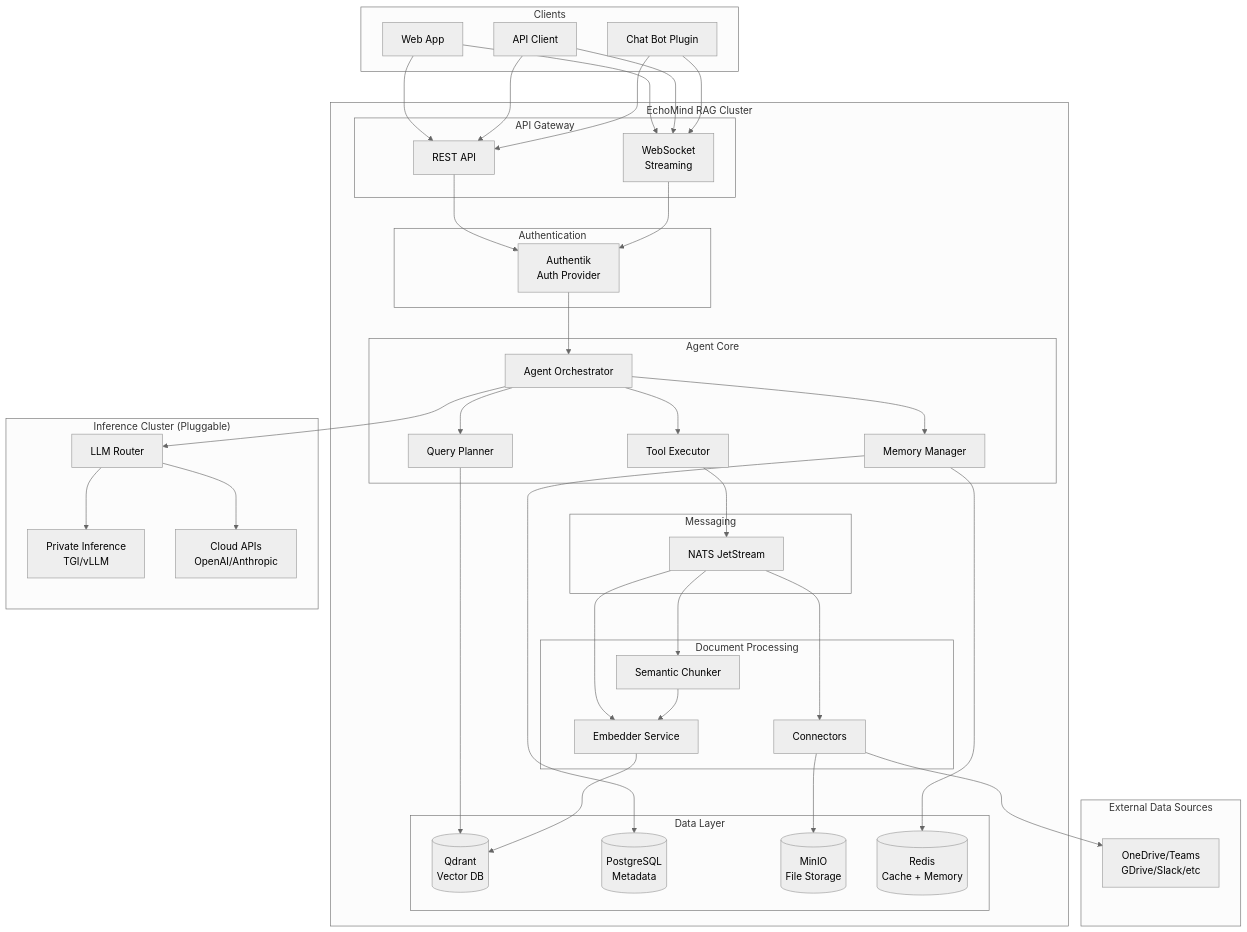
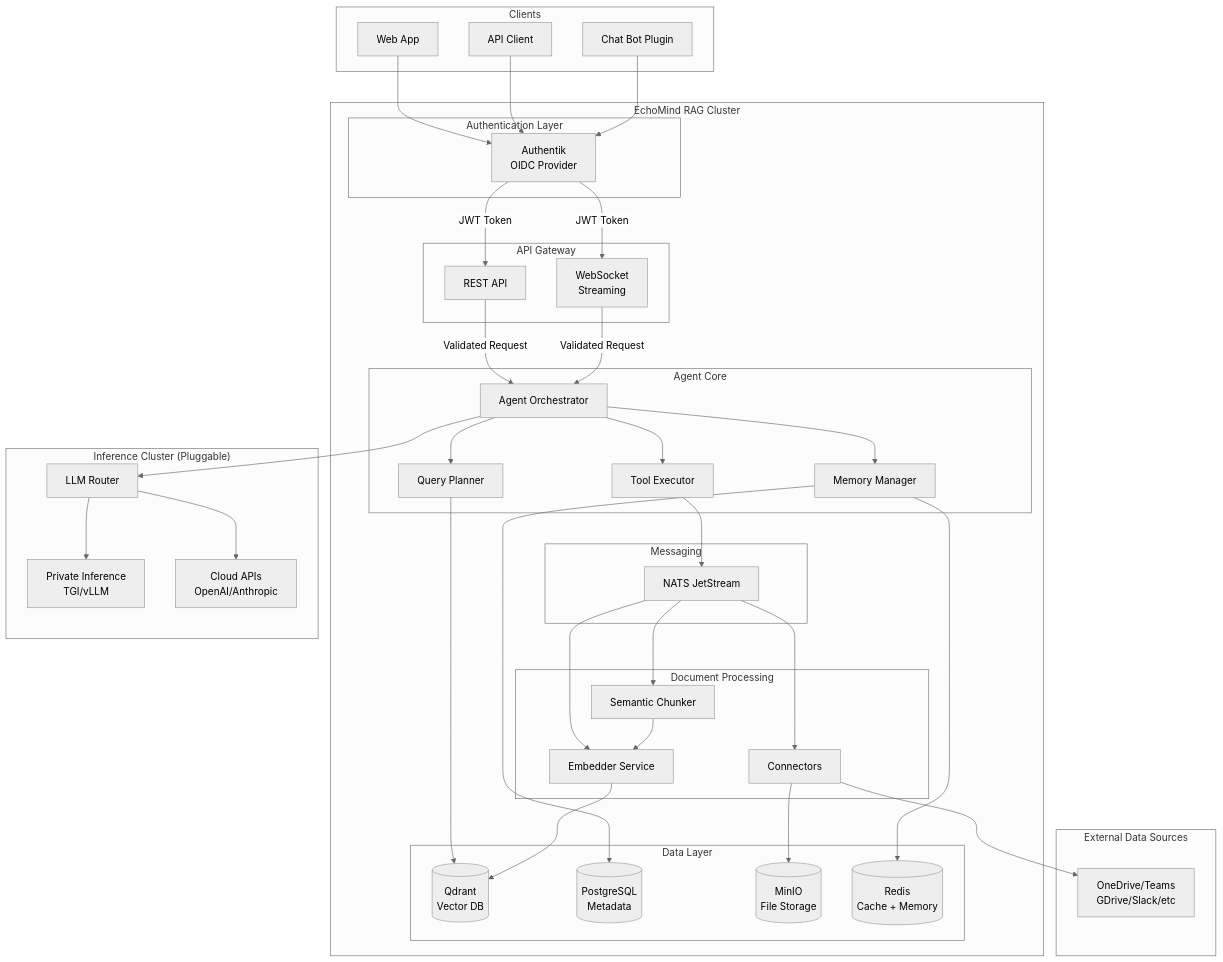
One commit to gen-mind/echo-mind changed the first of 12 diagrams in docs/architecture.md. Above: the diagram before and after it, drawn with Mermaid (neutral theme). The commit also changed other lines of this file, not shown here.

````diff
--- a/docs/architecture.md
+++ b/docs/architecture.md
@@ -13,78 +13,78 @@
 ```mermaid
 flowchart TB
     subgraph Clients
         WEB[Web App]
         API_CLIENT[API Client]
         BOT[Chat Bot Plugin]
     end
 
     subgraph EchoMind["EchoMind RAG Cluster"]
+        subgraph Auth["Authentication Layer"]
+            AUTHENTIK[Authentik<br/>OIDC Provider]
+        end
+
         subgraph Gateway["API Gateway"]
             REST[REST API]
             WS[WebSocket<br/>Streaming]
-        end
-
-        subgraph Auth["Authentication"]
-            AUTHENTIK[Authentik<br/>Auth Provider]
         end
 
         subgraph Core["Agent Core"]
             ORCHESTRATOR[Agent Orchestrator]
             PLANNER[Query Planner]
             EXECUTOR[Tool Executor]
             MEMORY[Memory Manager]
         end
 
         subgraph Processing["Document Processing"]
             CONNECTOR[Connectors]
             CHUNKER[Semantic Chunker]
             EMBEDDER[Embedder Service]
         end
 
         subgraph Storage["Data Layer"]
             VECTORDB[(Qdrant<br/>Vector DB)]
             RELDB[(PostgreSQL<br/>Metadata)]
             OBJSTORE[(MinIO<br/>File Storage)]
             CACHE[(Redis<br/>Cache + Memory)]
         end
 
         subgraph Messaging
             NATS[NATS JetStream]
         end
     end
 
     subgraph Inference["Inference Cluster (Pluggable)"]
         LLM_ROUTER[LLM Router]
         PRIVATE_LLM[Private Inference<br/>TGI/vLLM]
         CLOUD_LLM[Cloud APIs<br/>OpenAI/Anthropic]
     end
 
     subgraph External["External Data Sources"]
         CONNECTORS_EXT[OneDrive/Teams<br/>GDrive/Slack/etc]
     end
 
-    WEB & API_CLIENT & BOT --> REST & WS
-    REST & WS --> AUTHENTIK
-    AUTHENTIK --> ORCHESTRATOR
+    WEB & API_CLIENT & BOT --> AUTHENTIK
+    AUTHENTIK -->|JWT Token| REST & WS
+    REST & WS -->|Validated Request| ORCHESTRATOR
     ORCHESTRATOR --> PLANNER
     ORCHESTRATOR --> EXECUTOR
     ORCHESTRATOR --> MEMORY
     PLANNER --> VECTORDB
     EXECUTOR --> NATS
     MEMORY --> CACHE
     MEMORY --> RELDB
 
     NATS --> CONNECTOR
     NATS --> CHUNKER
     NATS --> EMBEDDER
 
     CONNECTOR --> OBJSTORE
     CHUNKER --> EMBEDDER
     EMBEDDER --> VECTORDB
 
     ORCHESTRATOR --> LLM_ROUTER
     LLM_ROUTER --> PRIVATE_LLM
     LLM_ROUTER --> CLOUD_LLM
 
     CONNECTOR --> CONNECTORS_EXT
 ```
````
